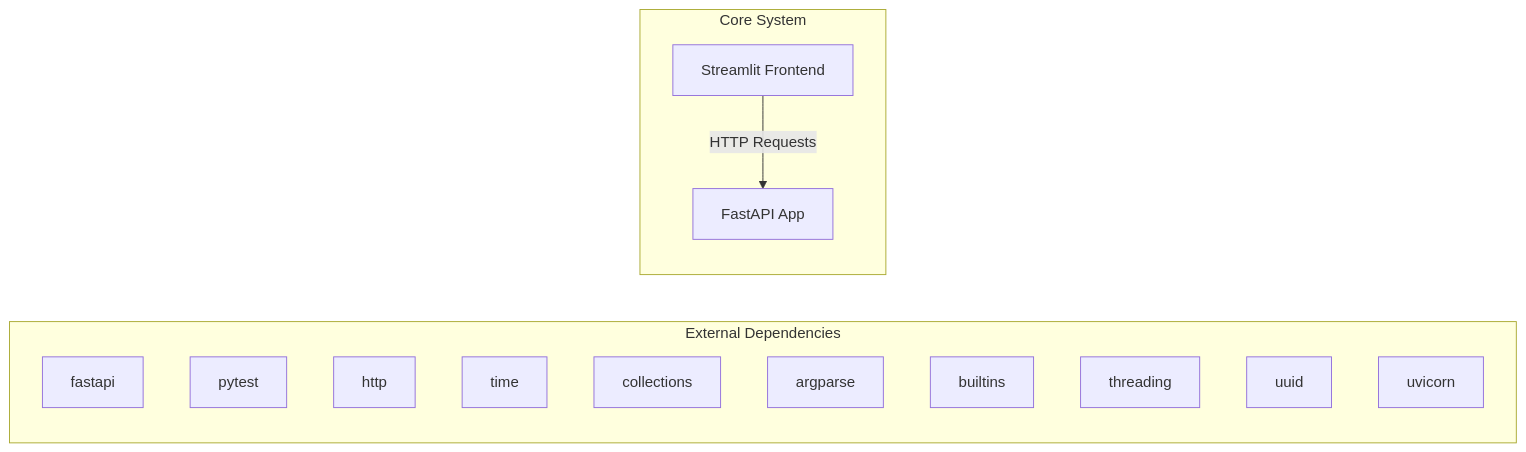
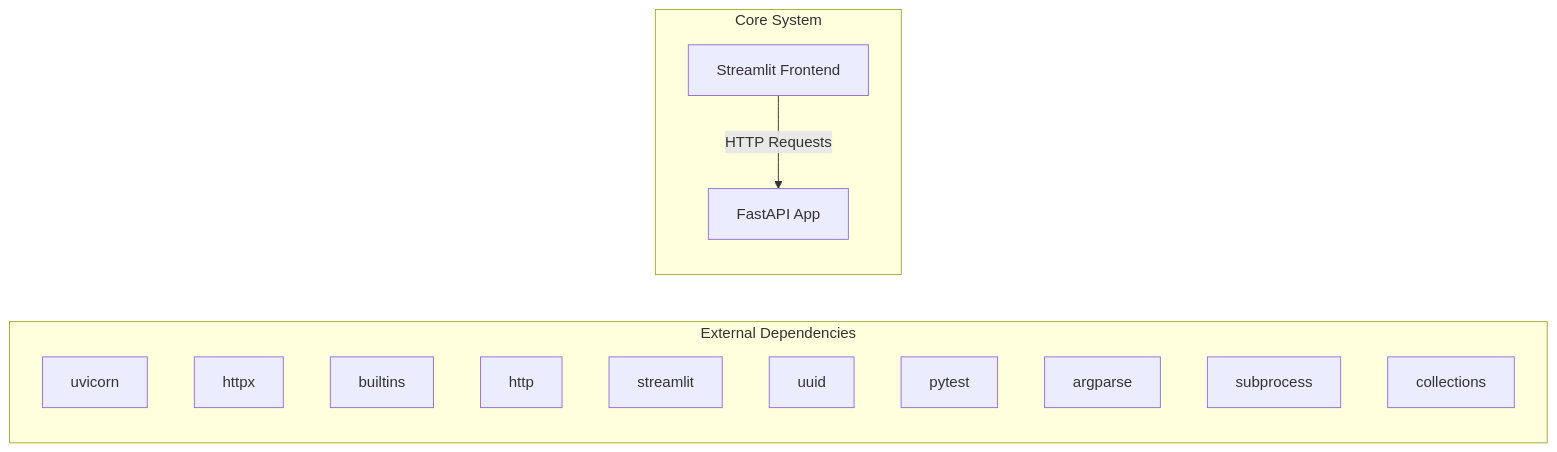
The first of 2 diagrams in docs/architecture.md (NITISH-R-G/rag-context-optimizer), drawn with Mermaid before and after one commit. The commit also changed 1 other file, not shown here.

Commit message:
docs: auto-update repository knowledge, architecture diagrams, and documentation

````diff
--- a/docs/architecture.md
+++ b/docs/architecture.md
@@ -7,20 +7,20 @@
 ```mermaid
 graph LR
     subgraph External Dependencies
-        E0["fastapi"]
-        E1["pytest"]
-        E2["http"]
-        E3["time"]
-        E4["collections"]
-        E5["argparse"]
-        E6["builtins"]
-        E7["threading"]
-        E8["uuid"]
-        E9["uvicorn"]
+        E0["uvicorn"]
+        E1["httpx"]
+        E2["builtins"]
+        E3["http"]
+        E4["streamlit"]
+        E5["uuid"]
+        E6["pytest"]
+        E7["argparse"]
+        E8["subprocess"]
+        E9["collections"]
     end
     subgraph Core System
         API["FastAPI App"]
         UI["Streamlit Frontend"]
     end
     UI -->|HTTP Requests| API
 ```
````
